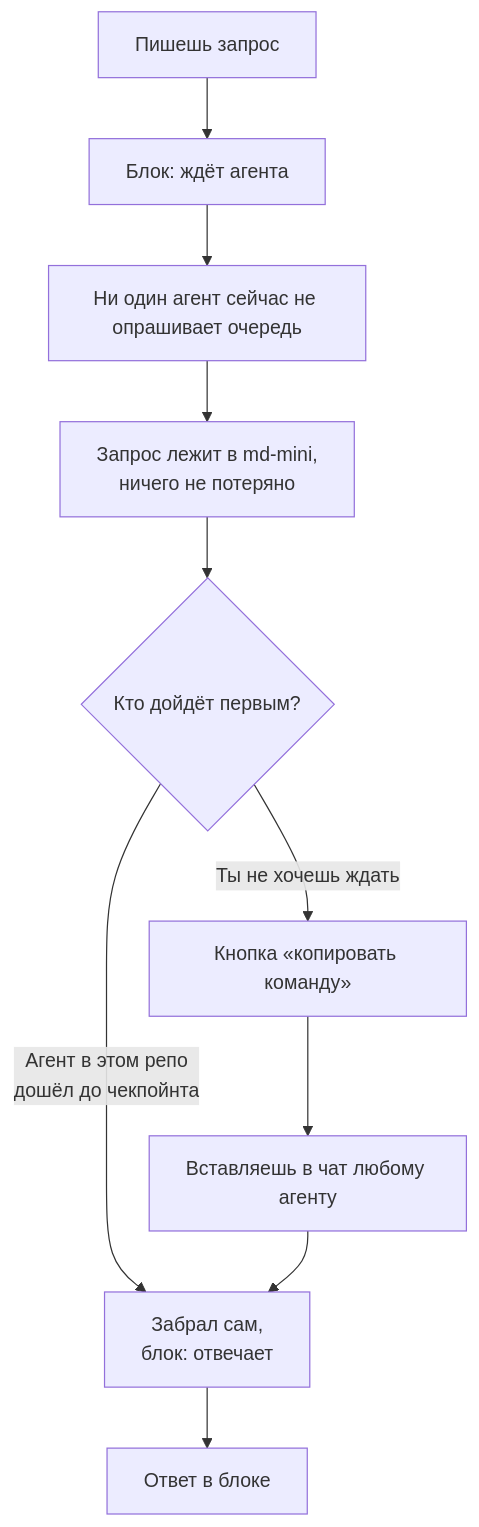
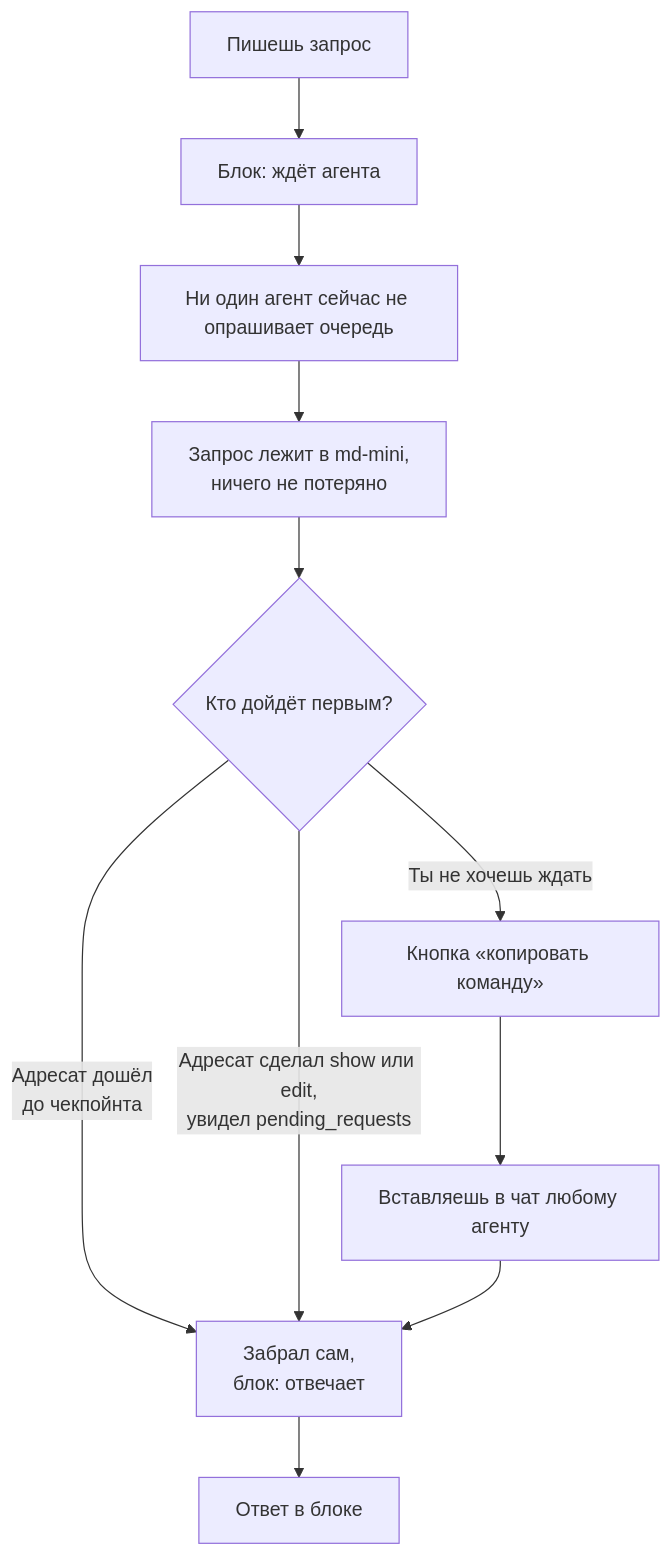
The second of 19 diagrams in docs/superpowers/specs/2026-08-23-document-requests-design.md (malinborn/mdmini), drawn with Mermaid before and after one commit. The commit also changed other lines of this file, not shown here.

````diff
--- a/docs/superpowers/specs/2026-08-23-document-requests-design.md
+++ b/docs/superpowers/specs/2026-08-23-document-requests-design.md
@@ -89,12 +111,13 @@
 ```mermaid
 flowchart TD
     A["Пишешь запрос"] --> B["Блок: ждёт агента"]
     B --> C["Ни один агент сейчас не опрашивает очередь"]
     C --> D["Запрос лежит в md-mini,<br/>ничего не потеряно"]
     D --> E{"Кто дойдёт первым?"}
-    E -->|"Агент в этом репо<br/>дошёл до чекпойнта"| F["Забрал сам,<br/>блок: отвечает"]
+    E -->|"Адресат дошёл<br/>до чекпойнта"| F["Забрал сам,<br/>блок: отвечает"]
+    E -->|"Адресат сделал show или edit,<br/>увидел pending_requests"| F
     E -->|"Ты не хочешь ждать"| G["Кнопка «копировать команду»"]
     G --> H["Вставляешь в чат любому агенту"]
     H --> F
     F --> I["Ответ в блоке"]
 ```
````
